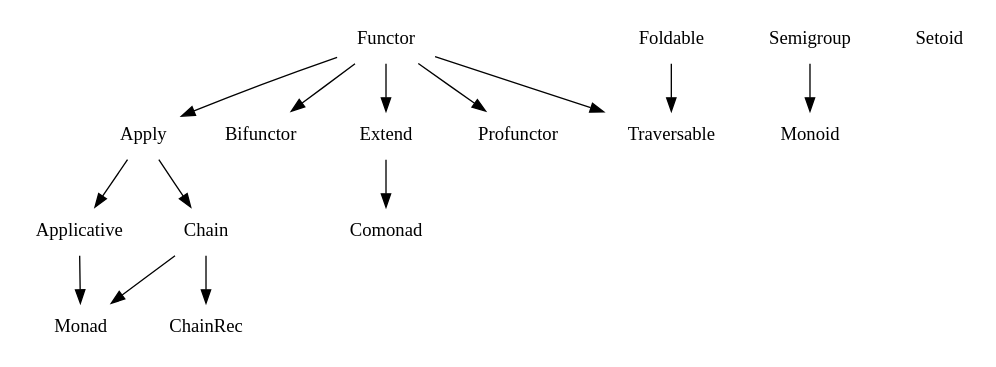
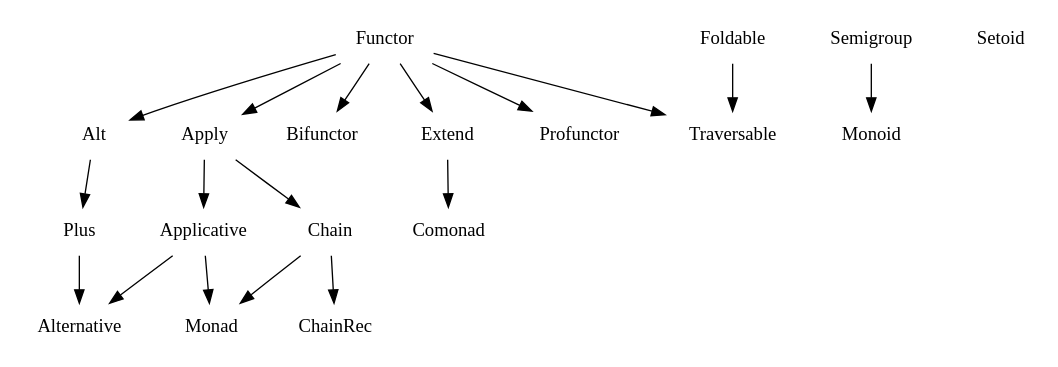
Before and after one commit to fantasyland/fantasy-land: the diagram in figures/dependencies.dot, drawn with Graphviz. The commit also changed 17 other files, not shown here.

First line of the commit message:
Add Alt, Plus and Alternative specs (#197)

```diff
--- a/figures/dependencies.dot
+++ b/figures/dependencies.dot
@@ -1,35 +1,42 @@
 digraph {
   node [shape=plaintext]
 
   # Algebras
+  Alt;
+  Alternative;
   Applicative;
   Apply;
   Bifunctor;
   Chain;
   ChainRec;
   Comonad;
   Extend;
   Foldable;
   Functor;
   Monad;
   Monoid;
+  Plus;
   Profunctor;
   Semigroup;
   Setoid;
   Traversable;
 
   # Dependencies
+  Alt -> Plus;
+  Applicative -> Alternative;
   Applicative -> Monad;
   Apply -> Applicative;
   Apply -> Chain;
   Chain -> ChainRec;
   Chain -> Monad;
   Extend -> Comonad;
   Foldable -> Traversable;
+  Functor -> Alt;
   Functor -> Apply;
   Functor -> Bifunctor;
   Functor -> Extend;
   Functor -> Profunctor;
   Functor -> Traversable;
+  Plus -> Alternative;
   Semigroup -> Monoid;
 }
```
